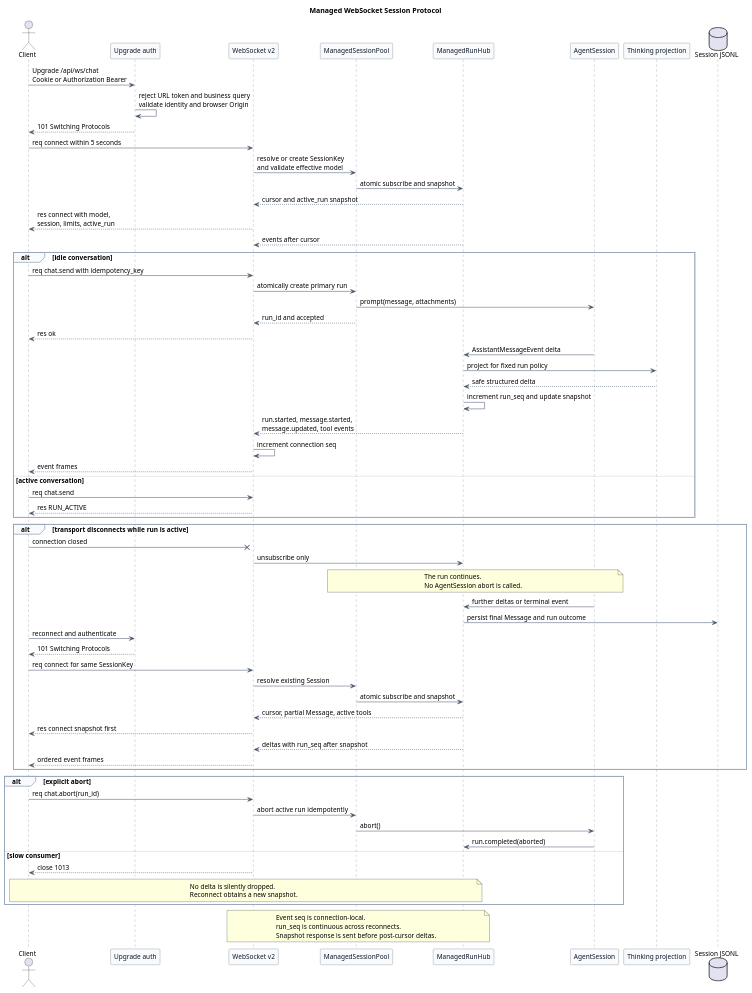
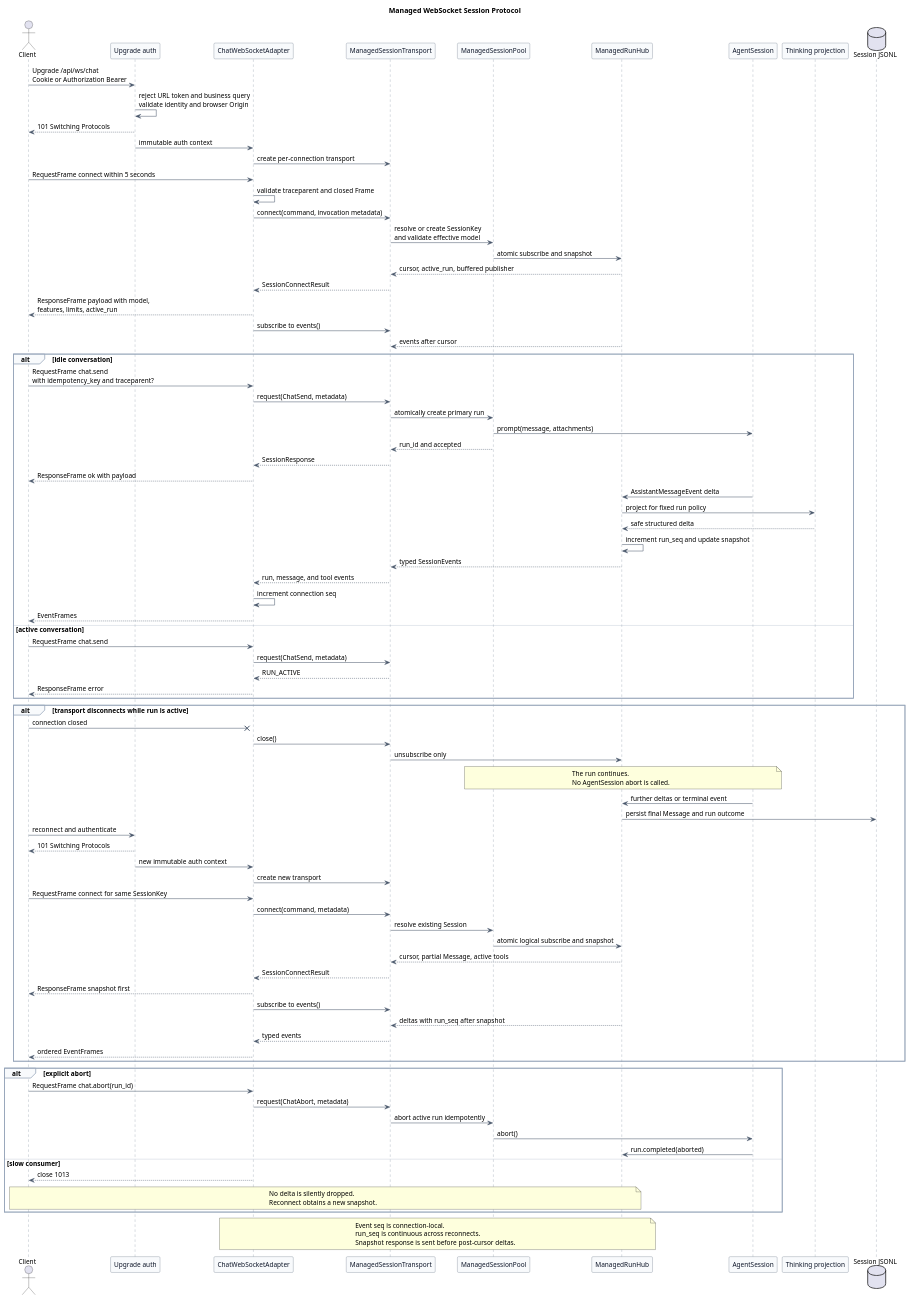
The fourth of 6 diagrams in pi-mono-java-manager-driven-multi-agent-runtime/diagram.puml (superheromeZzh/pi-mono-java-design), drawn with PlantUML before and after one commit. The commit also changed other lines of this file and 13 other files, not shown here.

Commit message:
docs(agent): align websocket v2 with OpenClaw v4

```diff
--- a/pi-mono-java-manager-driven-multi-agent-runtime/diagram.puml
+++ b/pi-mono-java-manager-driven-multi-agent-runtime/diagram.puml
@@ -247,110 +256,132 @@
 @startuml managed_websocket_session_protocol
 title Managed WebSocket Session Protocol
 
 ' Source evidence:
 ' pi-mono-java modules/coding-agent-cli/src/main/java/com/campusclaw/codingagent/mode/server/ServerMode.java: websocket route
 ' pi-mono-java modules/coding-agent-cli/src/main/java/com/campusclaw/codingagent/mode/server/ChatWebSocketHandler.java: handle, onAgentEvent
 ' pi-mono-java modules/agent-core/src/main/java/com/campusclaw/agent/event/MessageUpdateEvent.java: message, assistantMessageEvent
 ' pi-mono-java modules/ai/src/main/java/com/campusclaw/ai/stream/AssistantMessageEvent.java: typed deltas
-' openclaw docs/gateway/protocol.md: connect and req/res/event frames
-' openclaw packages/gateway-protocol/src/schema/logs-chat.ts: ChatEvent
-' openclaw src/gateway/server-broadcast.ts: per-client sequence and backpressure
+' OpenClaw baseline: b015925bc30f6a8363f290b07d5f8588e21422b8, Gateway Protocol v4
+' openclaw packages/gateway-protocol/src/schema/frames.ts: RequestFrameSchema, GatewayFrameSchema
+' openclaw packages/gateway-protocol/src/schema/logs-chat.ts: ChatDeltaEventSchema
+' openclaw docs/gateway/clients.md: Recover state after reconnect
+' openclaw src/gateway/server-broadcast.ts: createGatewayBroadcaster
 ' Observed behavior: Java v1 captures one Session per connection, emits cumulative Message updates,
 ' and aborts AgentSession when the WebSocket closes.
-' Java divergence: v2 emits structured deltas and keeps the active run in ManagedSessionPool.
+' Java divergence: v2 maps Frame payloads to typed SessionTransport requests and events.
 ' Architecture change: one connection is scoped to one Agent and conversation, unlike OpenClaw Gateway multiplexing.
 ' Design reason: provide auditable ToB isolation and race-free recovery without moving run ownership to transport.
 
 skinparam backgroundColor #FFFFFF
 skinparam shadowing false
 skinparam defaultFontName Arial
 skinparam defaultFontSize 13
 skinparam participant {
   BackgroundColor #F8FAFC
   BorderColor #475569
   FontColor #0F172A
 }
 skinparam ArrowColor #475569
 skinparam sequence {
   LifeLineBorderColor #64748B
   LifeLineBackgroundColor #F8FAFC
   GroupBorderColor #94A3B8
   GroupBackgroundColor #F8FAFC
 }
 
 actor Client
 participant "Upgrade auth" as Auth
-participant "WebSocket v2" as WS
+participant "ChatWebSocketAdapter" as WS
+participant "ManagedSessionTransport" as Transport
 participant "ManagedSessionPool" as Pool
 participant "ManagedRunHub" as Hub
 participant "AgentSession" as Session
 participant "Thinking projection" as Projection
 database "Session JSONL" as Store
 
 Client -> Auth : Upgrade /api/ws/chat\nCookie or Authorization Bearer
 Auth -> Auth : reject URL token and business query\nvalidate identity and browser Origin
 Auth --> Client : 101 Switching Protocols
-Client -> WS : req connect within 5 seconds
-WS -> Pool : resolve or create SessionKey\nand validate effective model
+Auth -> WS : immutable auth context
+WS -> Transport : create per-connection transport
+Client -> WS : RequestFrame connect within 5 seconds
+WS -> WS : validate traceparent and closed Frame
+WS -> Transport : connect(command, invocation metadata)
+Transport -> Pool : resolve or create SessionKey\nand validate effective model
 Pool -> Hub : atomic subscribe and snapshot
-Hub --> WS : cursor and active_run snapshot
-WS --> Client : res connect with model,\nsession, limits, active_run
-Hub --> WS : events after cursor
+Hub --> Transport : cursor, active_run, buffered publisher
+Transport --> WS : SessionConnectResult
+WS --> Client : ResponseFrame payload with model,\nfeatures, limits, active_run
+WS -> Transport : subscribe to events()
+Hub --> Transport : events after cursor
 
 alt idle conversation
-  Client -> WS : req chat.send with idempotency_key
-  WS -> Pool : atomically create primary run
+  Client -> WS : RequestFrame chat.send\nwith idempotency_key and traceparent?
+  WS -> Transport : request(ChatSend, metadata)
+  Transport -> Pool : atomically create primary run
   Pool -> Session : prompt(message, attachments)
-  Pool --> WS : run_id and accepted
-  WS --> Client : res ok
+  Pool --> Transport : run_id and accepted
+  Transport --> WS : SessionResponse
+  WS --> Client : ResponseFrame ok with payload
   Session -> Hub : AssistantMessageEvent delta
   Hub -> Projection : project for fixed run policy
   Projection --> Hub : safe structured delta
   Hub -> Hub : increment run_seq and update snapshot
-  Hub --> WS : run.started, message.started,\nmessage.updated, tool events
+  Hub --> Transport : typed SessionEvents
+  Transport --> WS : run, message, and tool events
   WS -> WS : increment connection seq
-  WS --> Client : event frames
+  WS --> Client : EventFrames
 else active conversation
-  Client -> WS : req chat.send
-  WS --> Client : res RUN_ACTIVE
+  Client -> WS : RequestFrame chat.send
+  WS -> Transport : request(ChatSend, metadata)
+  Transport --> WS : RUN_ACTIVE
+  WS --> Client : ResponseFrame error
 end
 
 alt transport disconnects while run is active
   Client -x WS : connection closed
-  WS -> Hub : unsubscribe only
+  WS -> Transport : close()
+  Transport -> Hub : unsubscribe only
   note over Pool,Session
   The run continues.
   No AgentSession abort is called.
   end note
   Session -> Hub : further deltas or terminal event
   Hub -> Store : persist final Message and run outcome
   Client -> Auth : reconnect and authenticate
   Auth --> Client : 101 Switching Protocols
-  Client -> WS : req connect for same SessionKey
-  WS -> Pool : resolve existing Session
-  Pool -> Hub : atomic subscribe and snapshot
-  Hub --> WS : cursor, partial Message, active tools
-  WS --> Client : res connect snapshot first
-  Hub --> WS : deltas with run_seq after snapshot
-  WS --> Client : ordered event frames
+  Auth -> WS : new immutable auth context
+  WS -> Transport : create new transport
+  Client -> WS : RequestFrame connect for same SessionKey
+  WS -> Transport : connect(command, metadata)
+  Transport -> Pool : resolve existing Session
+  Pool -> Hub : atomic logical subscribe and snapshot
+  Hub --> Transport : cursor, partial Message, active tools
+  Transport --> WS : SessionConnectResult
+  WS --> Client : ResponseFrame snapshot first
+  WS -> Transport : subscribe to events()
+  Hub --> Transport : deltas with run_seq after snapshot
+  Transport --> WS : typed events
+  WS --> Client : ordered EventFrames
 end
 
 alt explicit abort
-  Client -> WS : req chat.abort(run_id)
-  WS -> Pool : abort active run idempotently
+  Client -> WS : RequestFrame chat.abort(run_id)
+  WS -> Transport : request(ChatAbort, metadata)
+  Transport -> Pool : abort active run idempotently
   Pool -> Session : abort()
   Session -> Hub : run.completed(aborted)
 else slow consumer
   WS --> Client : close 1013
   note over Client,Hub
   No delta is silently dropped.
   Reconnect obtains a new snapshot.
   end note
 end
 
 note over WS,Hub
 Event seq is connection-local.
 run_seq is continuous across reconnects.
 Snapshot response is sent before post-cursor deltas.
 end note
 @enduml
```
